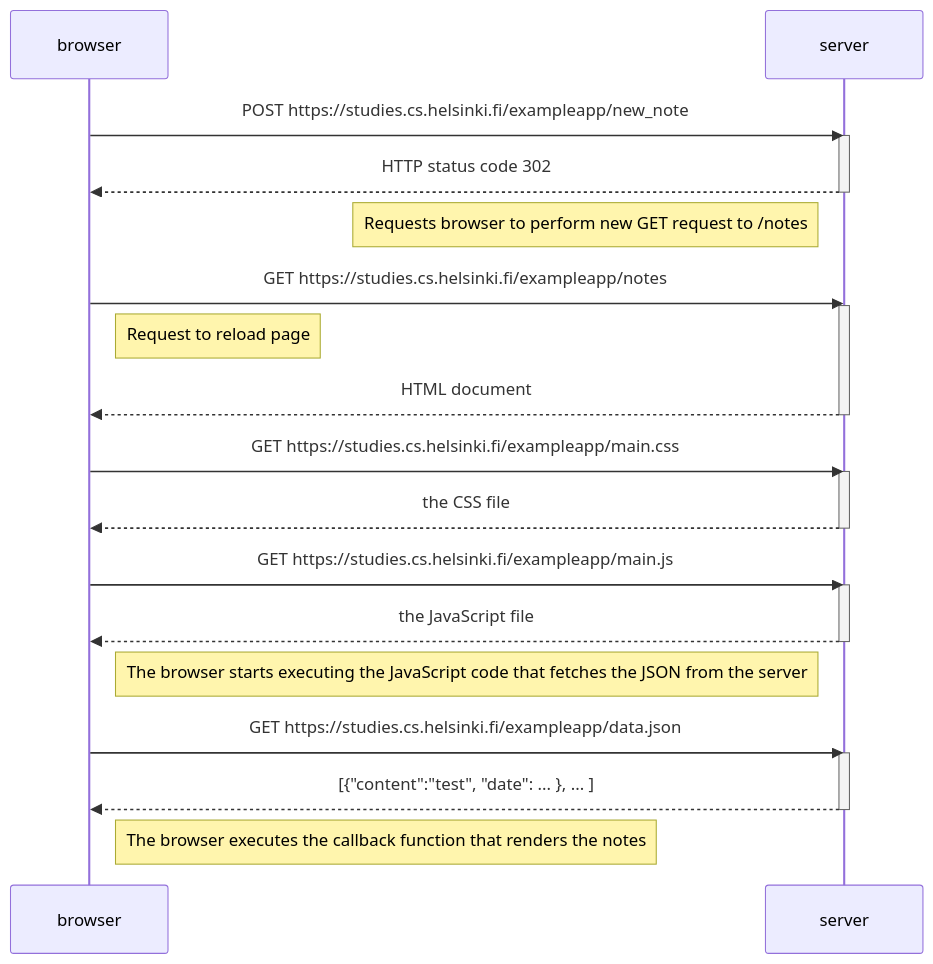
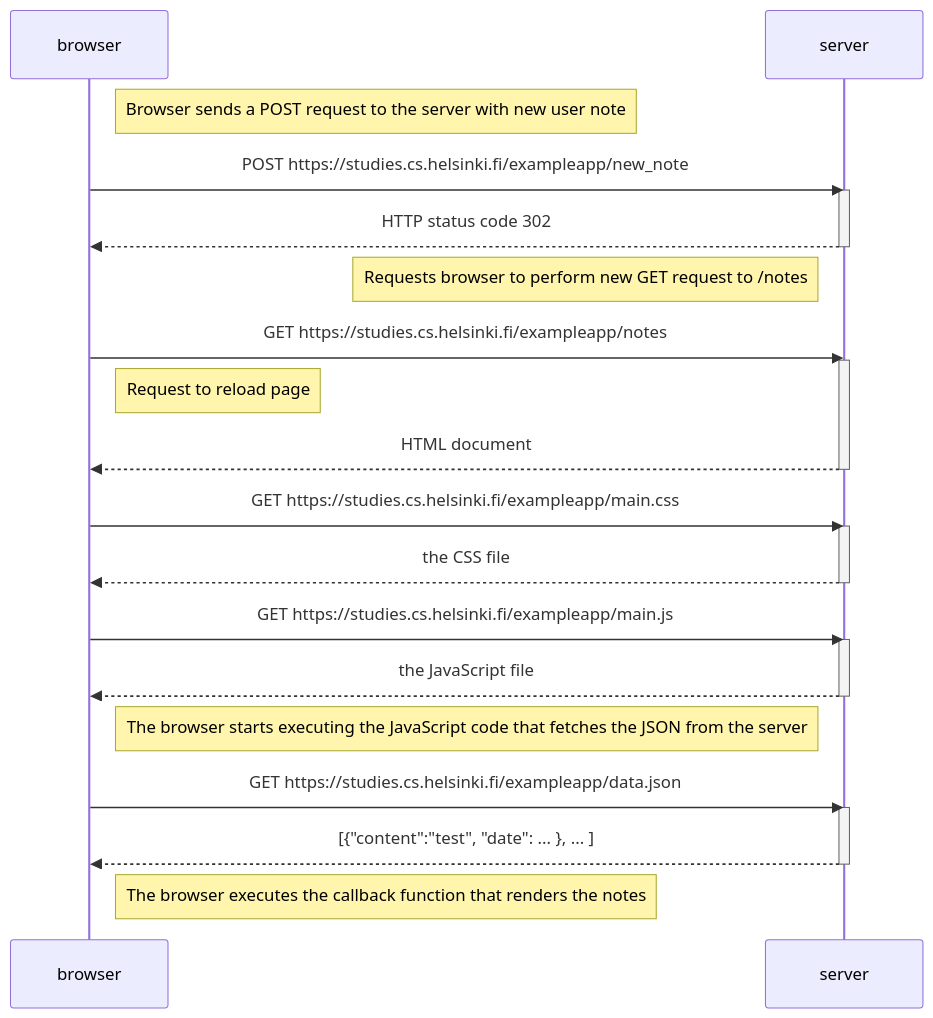
Before and after one commit to jmjstone/full-stack-open: the diagram in part0/0.4/sequence.md, drawn with Mermaid.

Commit message:
added note

````diff
--- a/part0/0.4/sequence.md
+++ b/part0/0.4/sequence.md
@@ -3,35 +3,36 @@
 ```mermaid
 sequenceDiagram
     participant browser
     participant server
+    Note right of browser: Browser sends a POST request to the server with new user note
     browser->>server: POST https://studies.cs.helsinki.fi/exampleapp/new_note
     activate server
     server-->>browser: HTTP status code 302
     deactivate server
     Note left of server: Requests browser to perform new GET request to /notes
     browser->>server: GET https://studies.cs.helsinki.fi/exampleapp/notes
     activate server
     Note right of browser: Request to reload page
     server-->>browser: HTML document
     deactivate server
 
 
     browser->>server: GET https://studies.cs.helsinki.fi/exampleapp/main.css
     activate server
     server-->>browser: the CSS file
     deactivate server
 
 
     browser->>server: GET https://studies.cs.helsinki.fi/exampleapp/main.js
     activate server
     server-->>browser: the JavaScript file
     deactivate server
     Note right of browser: The browser starts executing the JavaScript code that fetches the JSON from the server
 
 
     browser->>server: GET https://studies.cs.helsinki.fi/exampleapp/data.json
     activate server
     server-->>browser: [{"content":"test", "date": ... }, ... ]
     deactivate server
     Note right of browser: The browser executes the callback function that renders the notes
 ```
````
